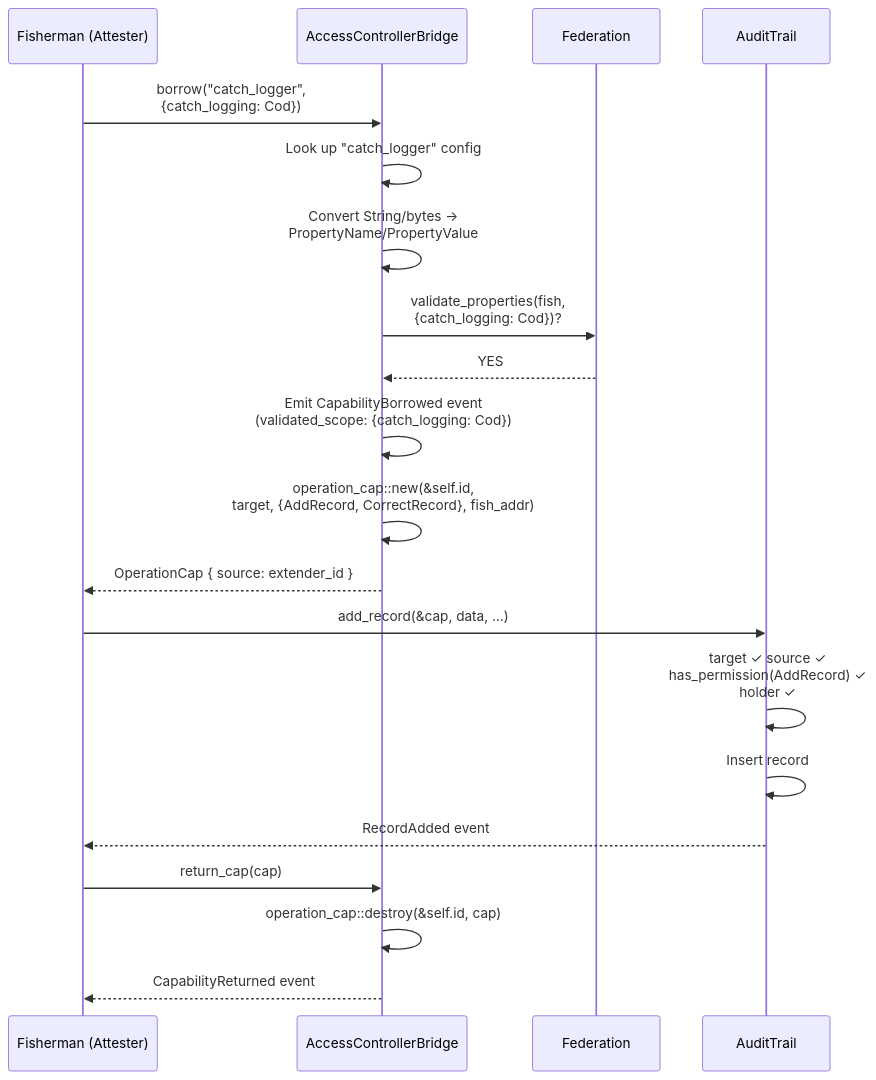
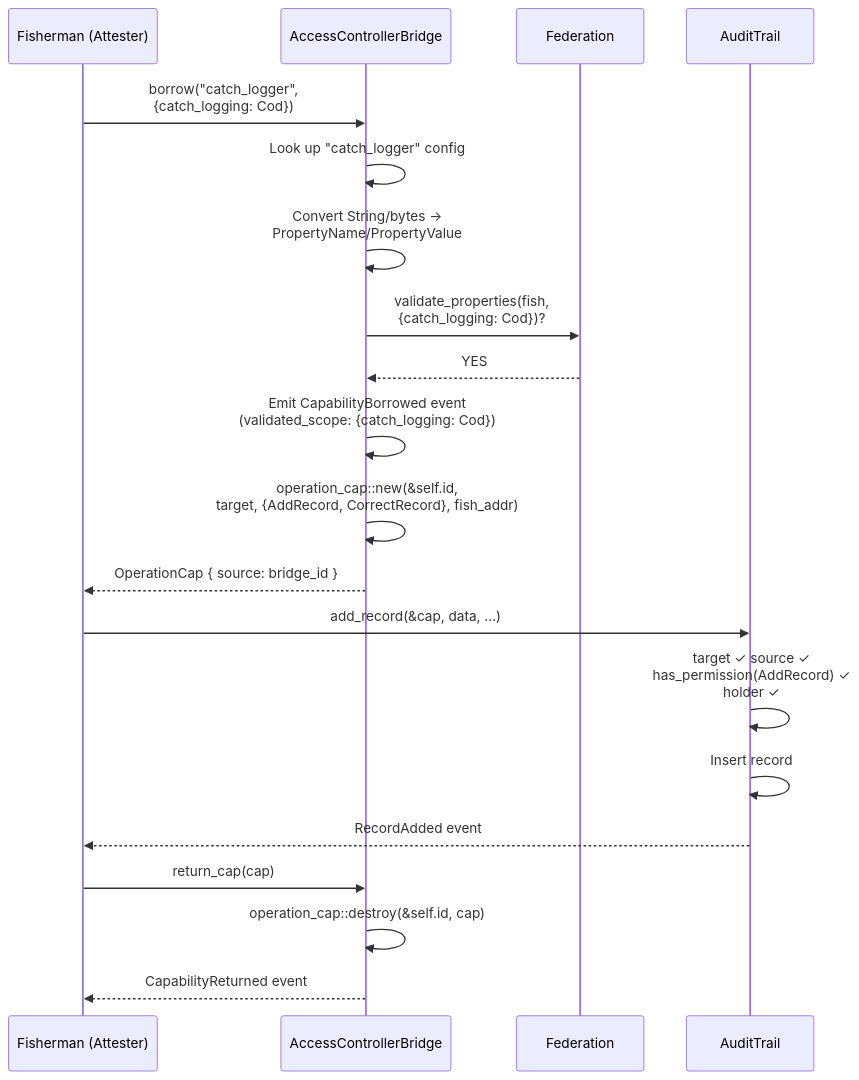
Before and after one commit to qrayven/acb: the third of 7 diagrams in resources/access-controller-bridge-v3.md, drawn with Mermaid. The commit also changed other lines of this file, not shown here.

````diff
--- a/resources/access-controller-bridge-v3.md
+++ b/resources/access-controller-bridge-v3.md
@@ -2153,25 +2241,25 @@
 ```mermaid
 sequenceDiagram
     participant Fish as Fisherman (Attester)
     participant AE as AccessControllerBridge
     participant Fed as Federation
     participant Trail as AuditTrail
 
     Fish->>AE: borrow("catch_logger",<br/>{catch_logging: Cod})
     AE->>AE: Look up "catch_logger" config
     AE->>AE: Convert String/bytes →<br/>PropertyName/PropertyValue
     AE->>Fed: validate_properties(fish,<br/>{catch_logging: Cod})?
     Fed-->>AE: YES
     AE->>AE: Emit CapabilityBorrowed event<br/>(validated_scope: {catch_logging: Cod})
     AE->>AE: operation_cap::new(&self.id,<br/>target, {AddRecord, CorrectRecord}, fish_addr)
-    AE-->>Fish: OperationCap { source: extender_id }
+    AE-->>Fish: OperationCap { source: bridge_id }
 
     Fish->>Trail: add_record(&cap, data, ...)
     Trail->>Trail: target ✓ source ✓<br/>has_permission(AddRecord) ✓<br/>holder ✓
     Trail->>Trail: Insert record
     Trail-->>Fish: RecordAdded event
 
     Fish->>AE: return_cap(cap)
     AE->>AE: operation_cap::destroy(&self.id, cap)
     AE-->>Fish: CapabilityReturned event
 ```
````
